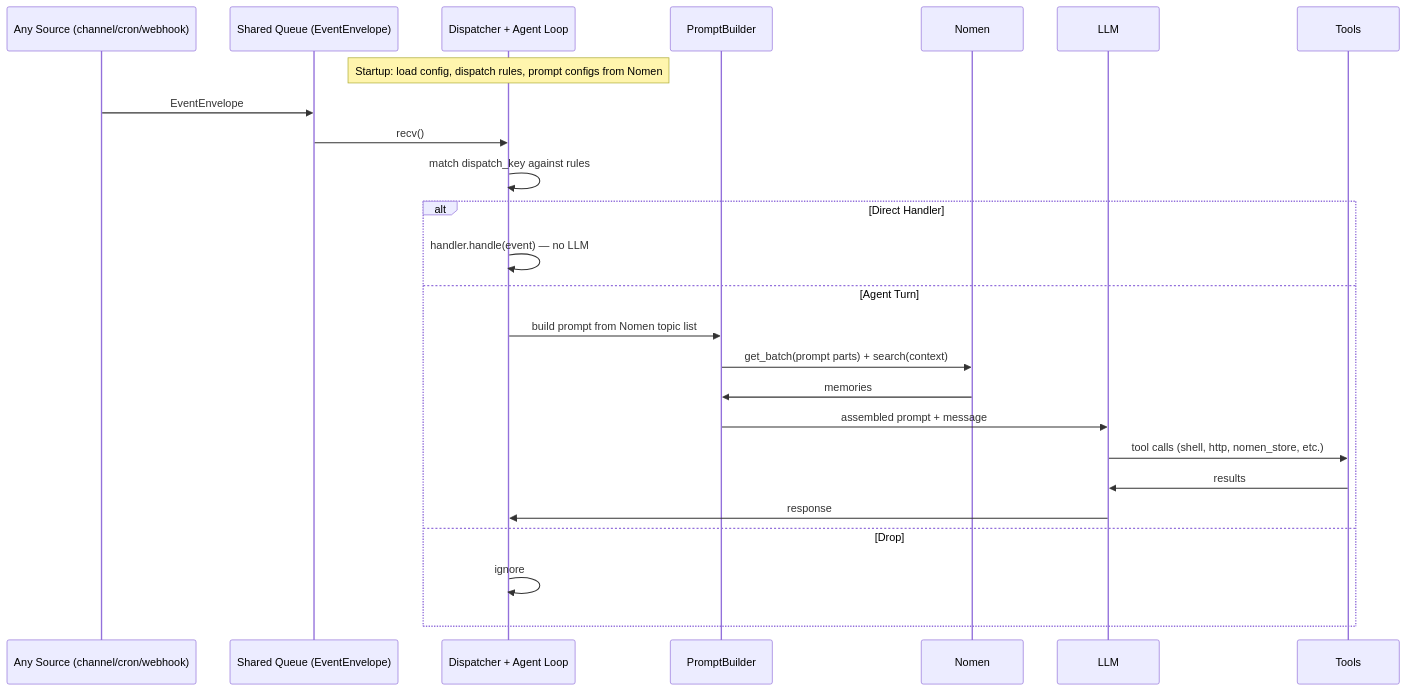
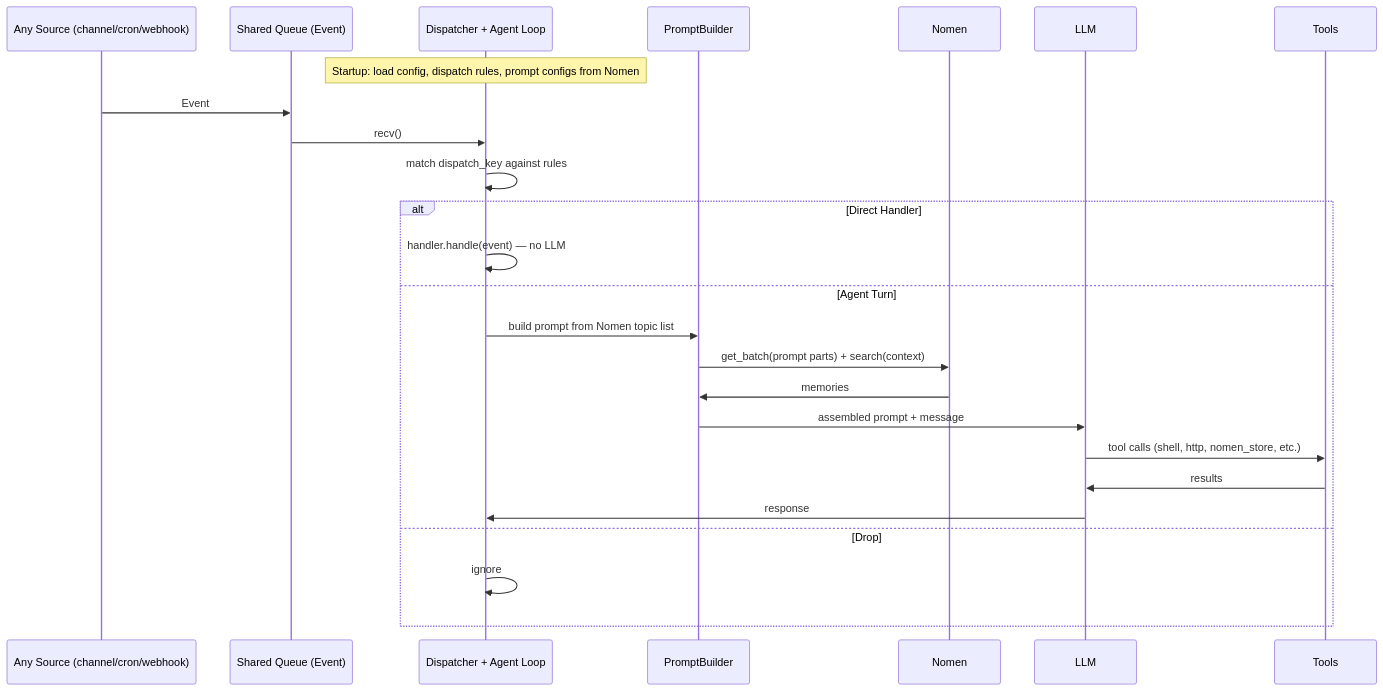
Before and after one commit to k0sti/nocelium: the third of 4 diagrams in ARCHITECTURE.md, drawn with Mermaid. The commit also changed other lines of this file and 4 other files, not shown here.

````diff
--- a/ARCHITECTURE.md
+++ b/ARCHITECTURE.md
@@ -117,30 +117,30 @@
 ```mermaid
 sequenceDiagram
     participant Src as Any Source (channel/cron/webhook)
-    participant Q as Shared Queue (EventEnvelope)
+    participant Q as Shared Queue (Event)
     participant Core as Dispatcher + Agent Loop
     participant Builder as PromptBuilder
     participant Nomen as Nomen
     participant LLM as LLM
     participant Tools as Tools
 
     Note over Core: Startup: load config, dispatch rules, prompt configs from Nomen
 
-    Src->>Q: EventEnvelope
+    Src->>Q: Event
     Q->>Core: recv()
     Core->>Core: match dispatch_key against rules
 
     alt Direct Handler
         Core->>Core: handler.handle(event) — no LLM
     else Agent Turn
         Core->>Builder: build prompt from Nomen topic list
         Builder->>Nomen: get_batch(prompt parts) + search(context)
         Nomen->>Builder: memories
         Builder->>LLM: assembled prompt + message
         LLM->>Tools: tool calls (shell, http, nomen_store, etc.)
         Tools->>LLM: results
         LLM->>Core: response
     else Drop
         Core->>Core: ignore
     end
 ```
````
